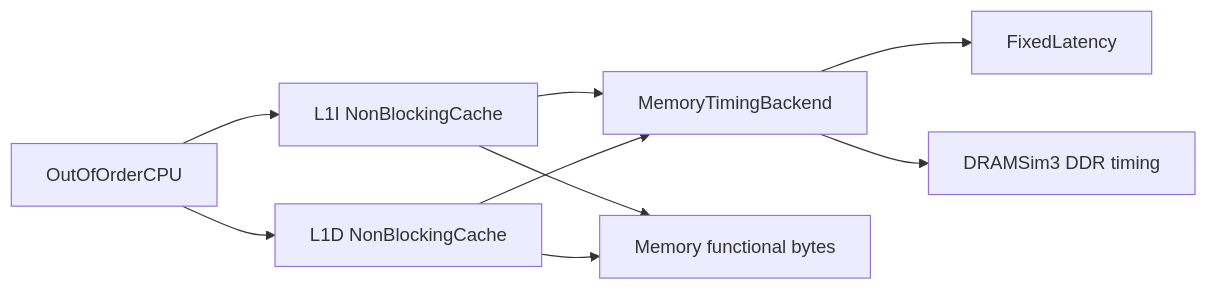
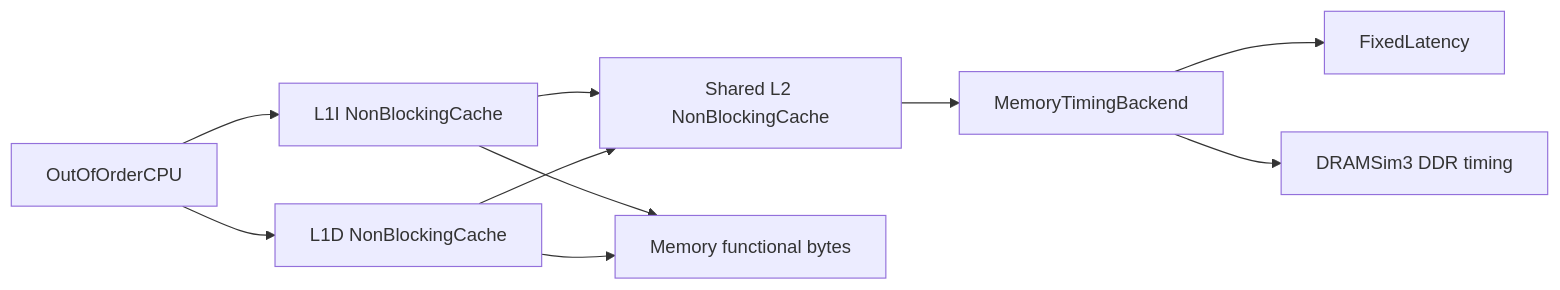
Before and after one commit to jensen-yan/risc-v-simulator: the second of 5 diagrams in ARCHITECTURE.md, drawn with Mermaid. The commit also changed other lines of this file and 9 other files, not shown here.

First line of the commit message:
feat: 增加最小 shared L2 cache

````diff
--- a/ARCHITECTURE.md
+++ b/ARCHITECTURE.md
@@ -74,11 +74,12 @@
 ```mermaid
 flowchart LR
   OOO["OutOfOrderCPU"] --> L1I["L1I NonBlockingCache"]
   OOO --> L1D["L1D NonBlockingCache"]
-  L1I --> Timing["MemoryTimingBackend"]
-  L1D --> Timing
+  L1I --> L2["Shared L2 NonBlockingCache"]
+  L1D --> L2
+  L2 --> Timing["MemoryTimingBackend"]
   Timing --> Fixed["FixedLatency"]
   Timing --> DRAM["DRAMSim3 DDR timing"]
   L1I --> Mem["Memory functional bytes"]
   L1D --> Mem
 ```
````
